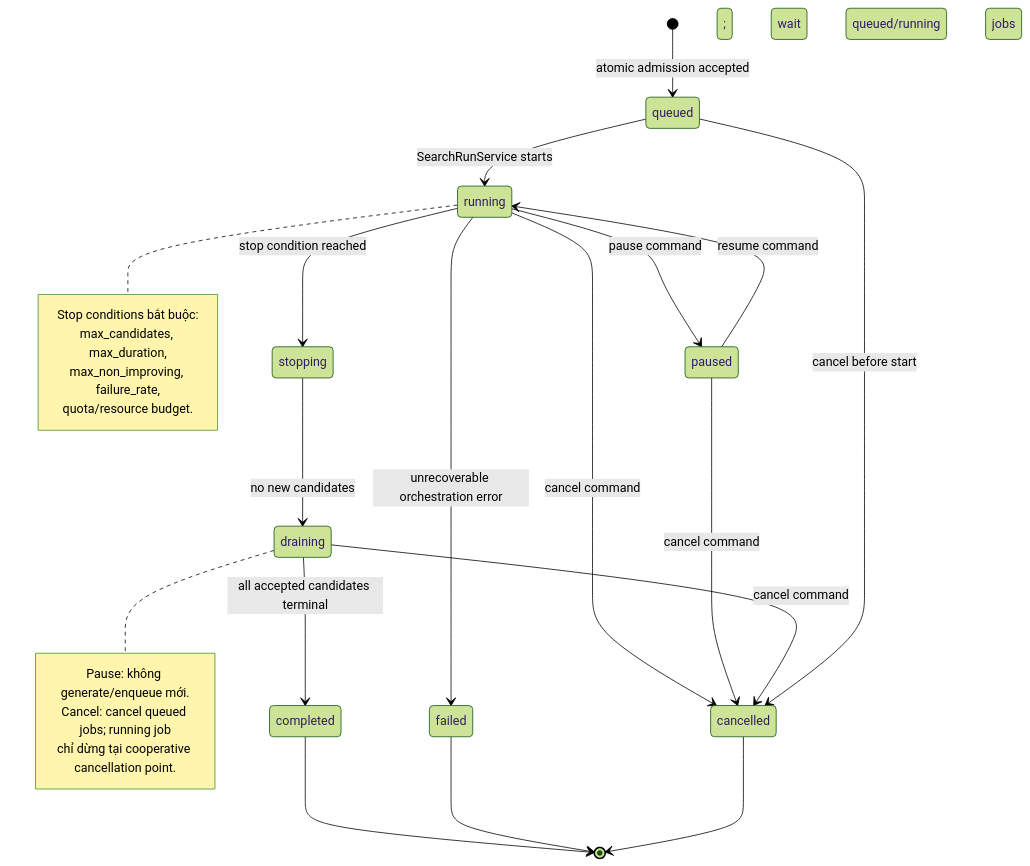
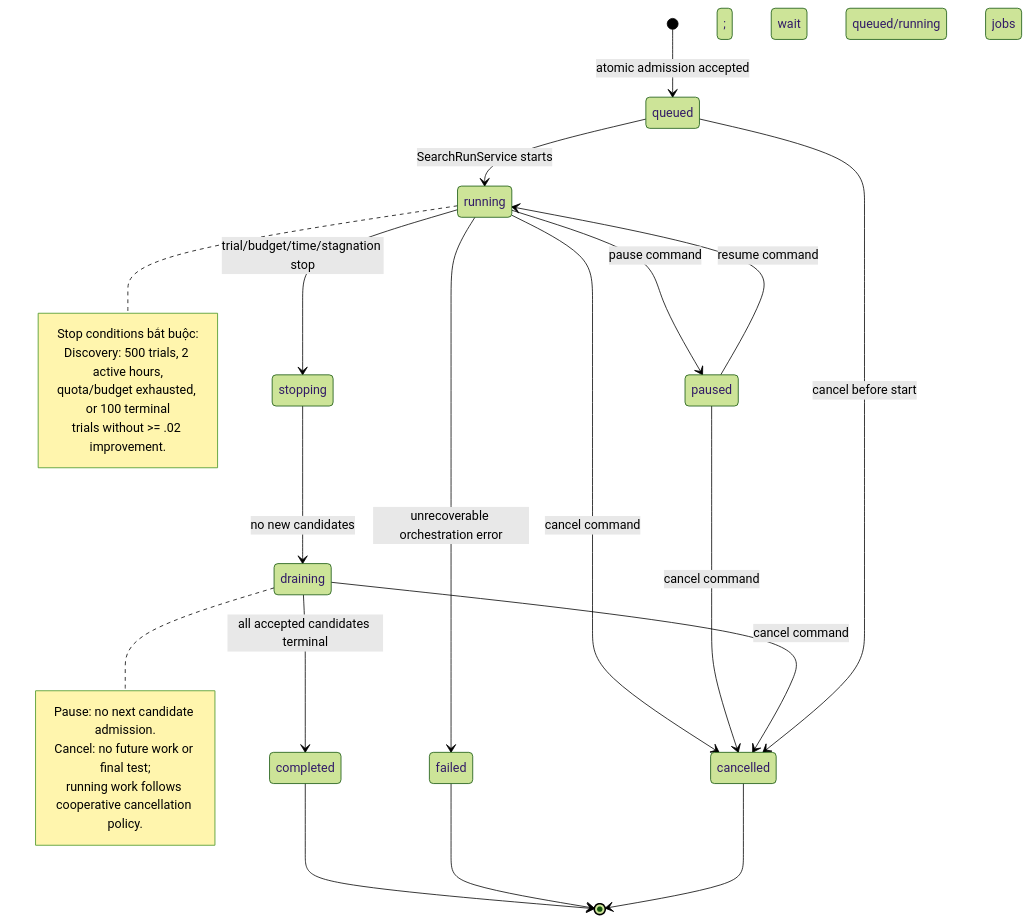
The diagram in blueprint/assets/diagrams/12-search-run-state.mmd (EnsoTech-Studio/CryptoBot), drawn with Mermaid (forest theme) before and after one commit. The commit also changed 69 other files, not shown here.

```diff
--- a/blueprint/assets/diagrams/12-search-run-state.mmd
+++ b/blueprint/assets/diagrams/12-search-run-state.mmd
@@ -1,29 +1,29 @@
 stateDiagram-v2
     [*] --> queued : atomic admission accepted
     queued --> running : SearchRunService starts
     running --> paused : pause command
     paused --> running : resume command
-    running --> stopping : stop condition reached
+    running --> stopping : trial/budget/time/stagnation stop
     stopping --> draining : no new candidates; wait queued/running jobs
     draining --> completed : all accepted candidates terminal
     running --> cancelled : cancel command
     paused --> cancelled : cancel command
     draining --> cancelled : cancel command
     running --> failed : unrecoverable orchestration error
     queued --> cancelled : cancel before start
     completed --> [*]
     failed --> [*]
     cancelled --> [*]
 
     note right of running
         Stop conditions bắt buộc:
-        max_candidates, max_duration,
-        max_non_improving, failure_rate,
-        quota/resource budget.
+        Discovery: 500 trials, 2 active hours,
+        quota/budget exhausted, or 100 terminal
+        trials without >= .02 improvement.
     end note
 
     note right of draining
-        Pause: không generate/enqueue mới.
-        Cancel: cancel queued jobs; running job
-        chỉ dừng tại cooperative cancellation point.
+        Pause: no next candidate admission.
+        Cancel: no future work or final test;
+        running work follows cooperative cancellation policy.
     end note
```
